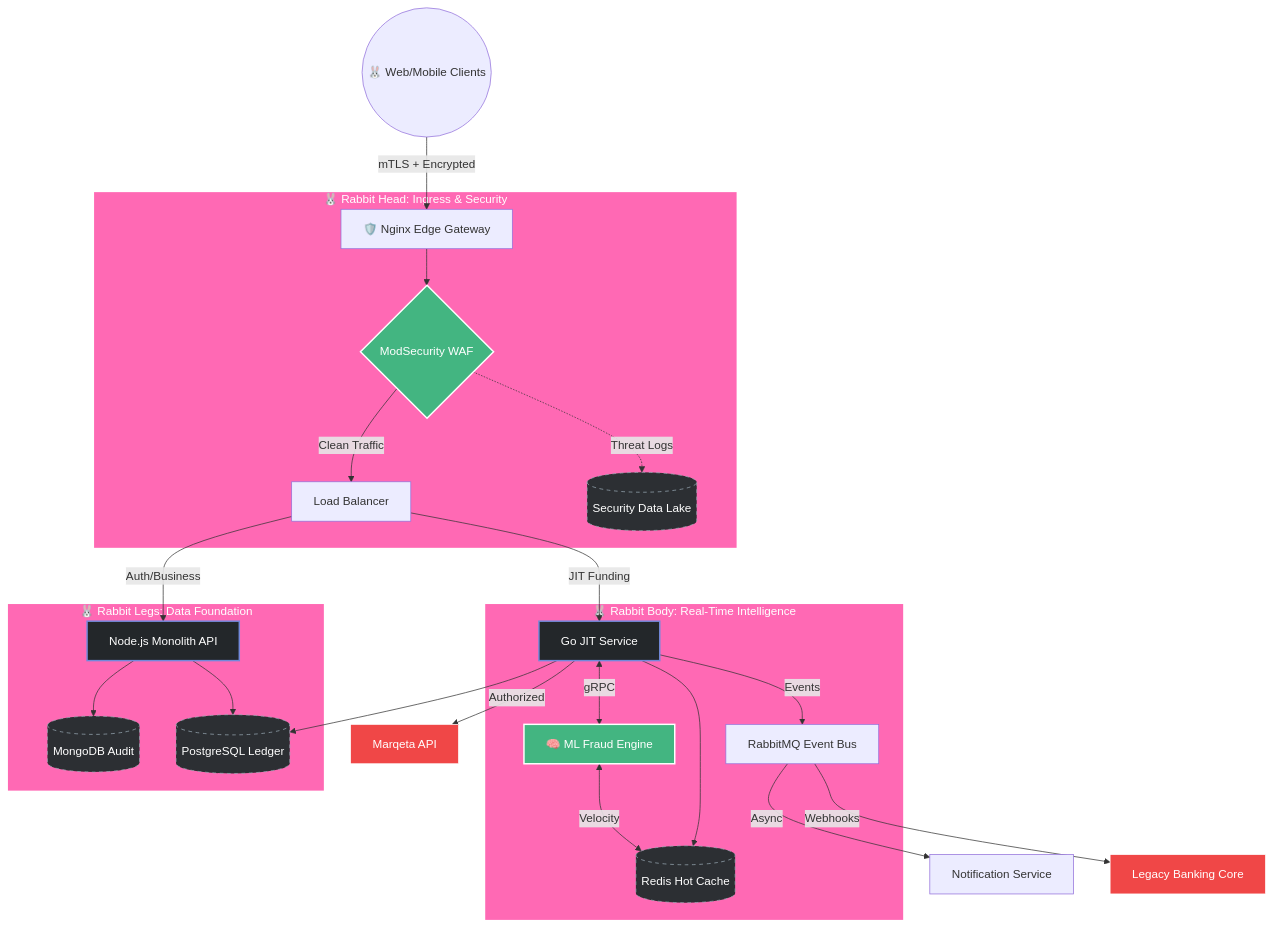
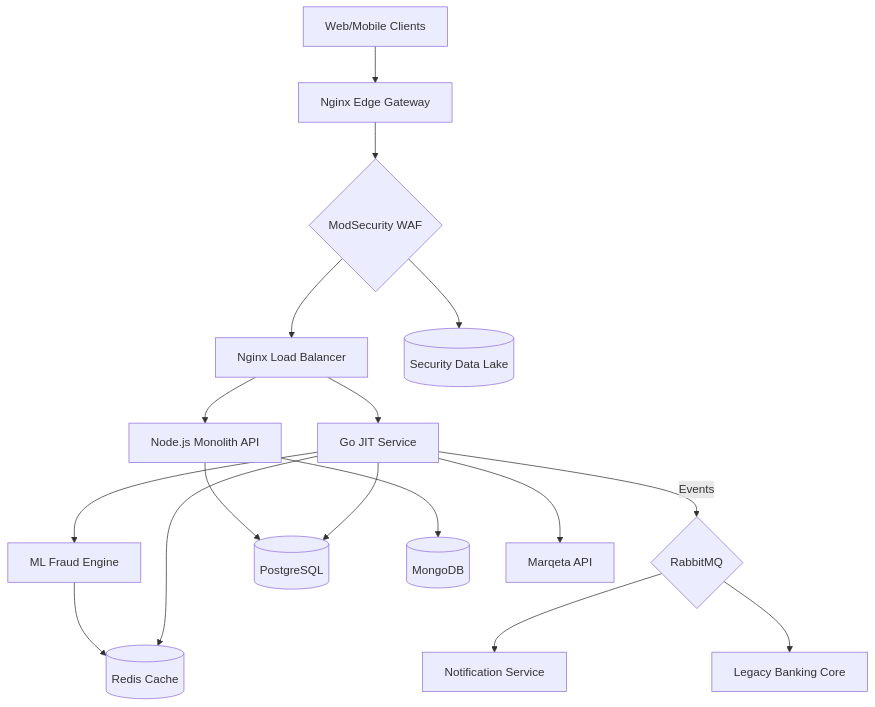
The second of 2 diagrams in README.md (Atlanticfreeways/Atlanticfrewaycad), drawn with Mermaid before and after one commit.

Commit message:
fix: update Phase 2 architecture diagram for consistent rendering
- Changed Phase 2 mermaid syntax to match Phase 1 style
- Replaced bidirectional arrows with single direction
- Replaced dotted arrows with solid arrows
- Standardized node naming (NodeAPI, GoService, PG, RabbitMQ)
- Removed complex edge labels causing rendering issues
- Both diagrams now render with identical dark theme
- Phase 2 shows fortress architecture (WAF, ML Fraud, Security Lake)

````diff
--- a/README.md
+++ b/README.md
@@ -41,41 +41,23 @@
 ```mermaid
 graph TD
-    classDef primary fill:#23272a,stroke:#7289da,stroke-width:2px,color:#fff;
-    classDef storage fill:#2c2f33,stroke:#99aab5,stroke-width:1px,stroke-dasharray: 5 5,color:#fff;
-    classDef security fill:#43b581,stroke:#fff,stroke-width:2px,color:#fff;
-    classDef external fill:#f04747,stroke:#fff,stroke-width:1px,color:#fff;
-    classDef rabbit fill:#ff69b4,stroke:#fff,stroke-width:3px,color:#fff;
-
-    User((🐰 Web/Mobile Clients)) -->|mTLS + Encrypted| Nginx[🛡️ Nginx Edge Gateway]
-    subgraph Ingress_Shield ["🐰 Rabbit Head: Ingress & Security"]
-        Nginx --> WAF{ModSecurity WAF}
-        WAF -->|Clean Traffic| LB[Load Balancer]
-        WAF -.->|Threat Logs| LogLake[(Security Data Lake)]
-    end
-
-    LB -->|Auth/Business| NodeMonolith[Node.js Monolith API]
-    LB -->|JIT Funding| GoJIT[Go JIT Service]
-
-    subgraph Decision_Engine ["🐰 Rabbit Body: Real-Time Intelligence"]
-        GoJIT <-->|gRPC| FraudML["🧠 ML Fraud Engine"]
-        FraudML <-->|Velocity| Redis[(Redis Hot Cache)]
-        GoJIT -->|Events| Rabbit[RabbitMQ Event Bus]
-    end
-
-    subgraph Data_Layer ["🐰 Rabbit Legs: Data Foundation"]
-        NodeMonolith --> Mongo[(MongoDB Audit)]
-        NodeMonolith --> Postgres[(PostgreSQL Ledger)]
-        GoJIT --> Postgres
-        GoJIT --> Redis
-    end
-
-    GoJIT -->|Authorized| Marqeta[Marqeta API]
-    Rabbit -->|Async| Notify[Notification Service]
-    Rabbit -->|Webhooks| BankLegacy[Legacy Banking Core]
-
-    class NodeMonolith,GoJIT primary;
-    class Postgres,Mongo,Redis,LogLake storage;
-    class WAF,FraudML security;
-    class Marqeta,BankLegacy external;
-    class Ingress_Shield,Decision_Engine,Data_Layer rabbit;
+    Client[Web/Mobile Clients] --> Nginx[Nginx Edge Gateway]
+    Nginx --> WAF{ModSecurity WAF}
+    WAF --> LB[Nginx Load Balancer]
+    WAF --> LogLake[(Security Data Lake)]
+    
+    LB --> NodeAPI[Node.js Monolith API]
+    LB --> GoService[Go JIT Service]
+    
+    GoService --> FraudML[ML Fraud Engine]
+    FraudML --> Redis[(Redis Cache)]
+    GoService --"Events"--> RabbitMQ{RabbitMQ}
+    
+    NodeAPI --> PG[(PostgreSQL)]
+    NodeAPI --> Mongo[(MongoDB)]
+    GoService --> Redis
+    GoService --> PG
+    
+    GoService --> Marqeta[Marqeta API]
+    RabbitMQ --> Notify[Notification Service]
+    RabbitMQ --> BankLegacy[Legacy Banking Core]
 ```
````
